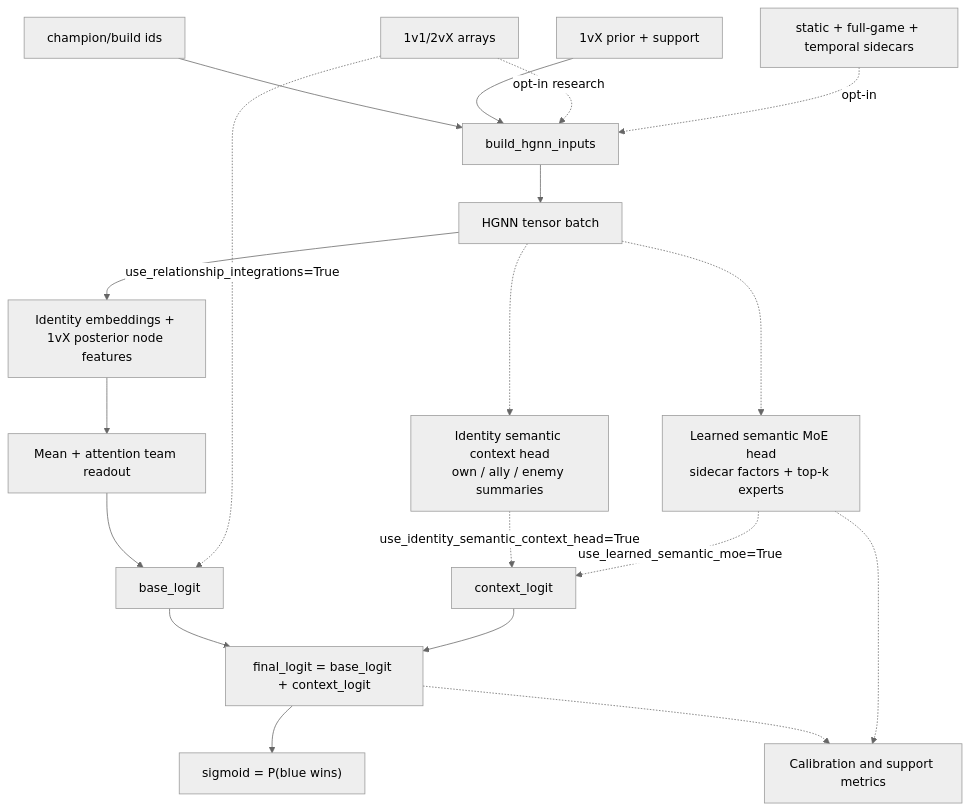
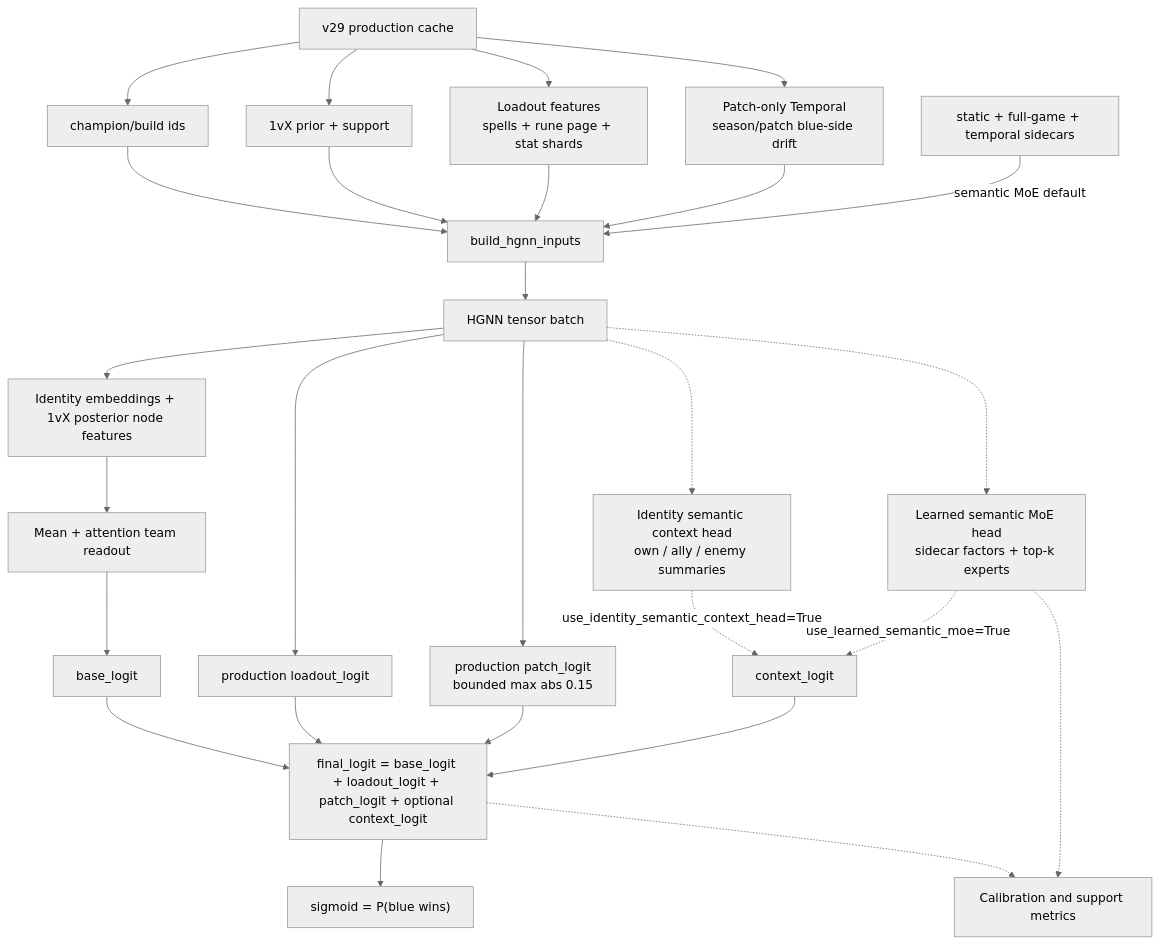
The first of 2 diagrams in app/ml/documentation/HGNN_CURRENT.md (JackLGZimmerman/riot-api-ecosystem), drawn with Mermaid (neutral theme) before and after one commit. The commit also changed other lines of this file and 44 other files, not shown here.

Commit message:
Architecture updates

````diff
--- a/app/ml/documentation/HGNN_CURRENT.md
+++ b/app/ml/documentation/HGNN_CURRENT.md
@@ -36,22 +88,31 @@
 ```mermaid
 flowchart TD
-    ids["champion/build ids"] --> hgnn_inputs["build_hgnn_inputs"]
-    prior["1vX prior + support"] --> hgnn_inputs
-    rel["1v1/2vX arrays"] -.->|opt-in research| hgnn_inputs
-    sidecars["static + full-game + temporal sidecars"] -.->|opt-in| hgnn_inputs
+    cache["v29 production cache"] --> ids["champion/build ids"]
+    cache --> prior["1vX prior + support"]
+    cache --> loadout["Loadout features<br/>spells + rune page + stat shards"]
+    cache --> patch["Patch-only Temporal<br/>season/patch blue-side drift"]
+
+    ids --> hgnn_inputs["build_hgnn_inputs"]
+    prior --> hgnn_inputs
+    loadout --> hgnn_inputs
+    patch --> hgnn_inputs
+    sidecars["static + full-game + temporal sidecars"] -->|semantic MoE default| hgnn_inputs
 
     hgnn_inputs --> tensor_batch["HGNN tensor batch"]
     tensor_batch --> nodes["Identity embeddings + 1vX posterior node features"]
+    tensor_batch --> loadout_logit["production loadout_logit"]
+    tensor_batch --> patch_logit["production patch_logit<br/>bounded max abs 0.15"]
     tensor_batch -.-> context["Identity semantic context head<br/>own / ally / enemy summaries"]
     tensor_batch -.-> moe["Learned semantic MoE head<br/>sidecar factors + top-k experts"]
     nodes --> readout["Mean + attention team readout"]
     readout --> base["base_logit"]
-    rel -.->|use_relationship_integrations=True| base
     context -.->|use_identity_semantic_context_head=True| context_logit["context_logit"]
     moe -.->|use_learned_semantic_moe=True| context_logit
-    base --> final["final_logit = base_logit + context_logit"]
+    base --> final["final_logit = base_logit + loadout_logit + patch_logit + optional context_logit"]
     context_logit --> final
+    loadout_logit --> final
+    patch_logit --> final
     final --> prob["sigmoid = P(blue wins)"]
     final -.-> diagnostics["Calibration and support metrics"]
     moe -.-> diagnostics
 ```
````
